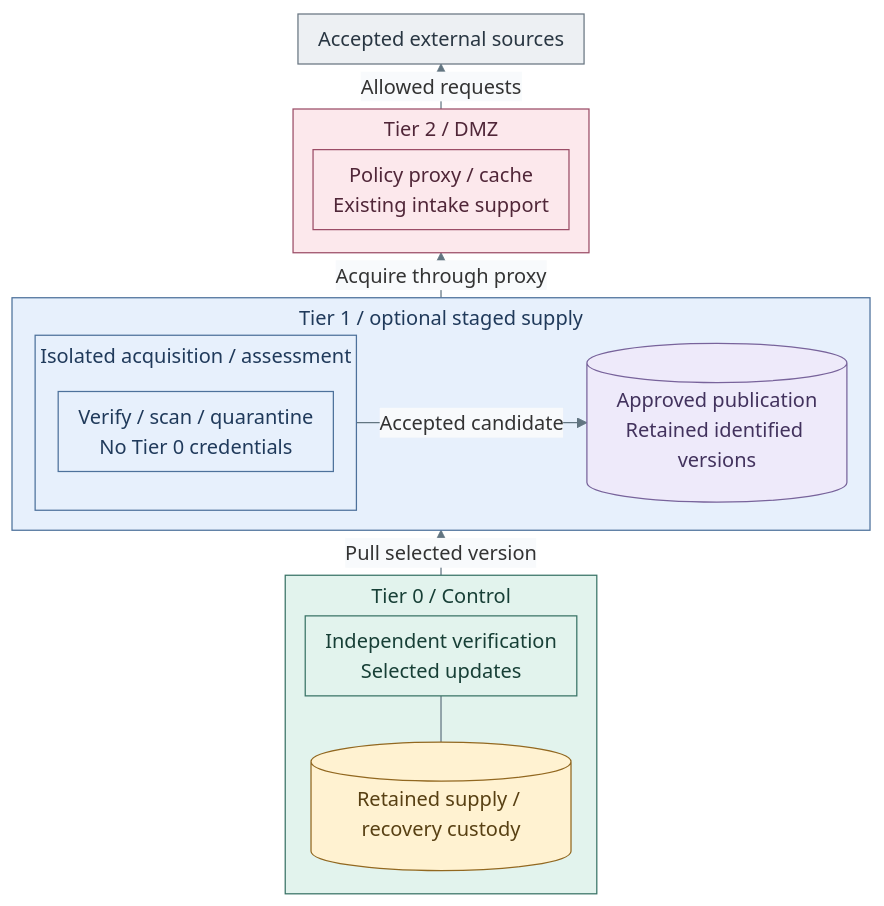
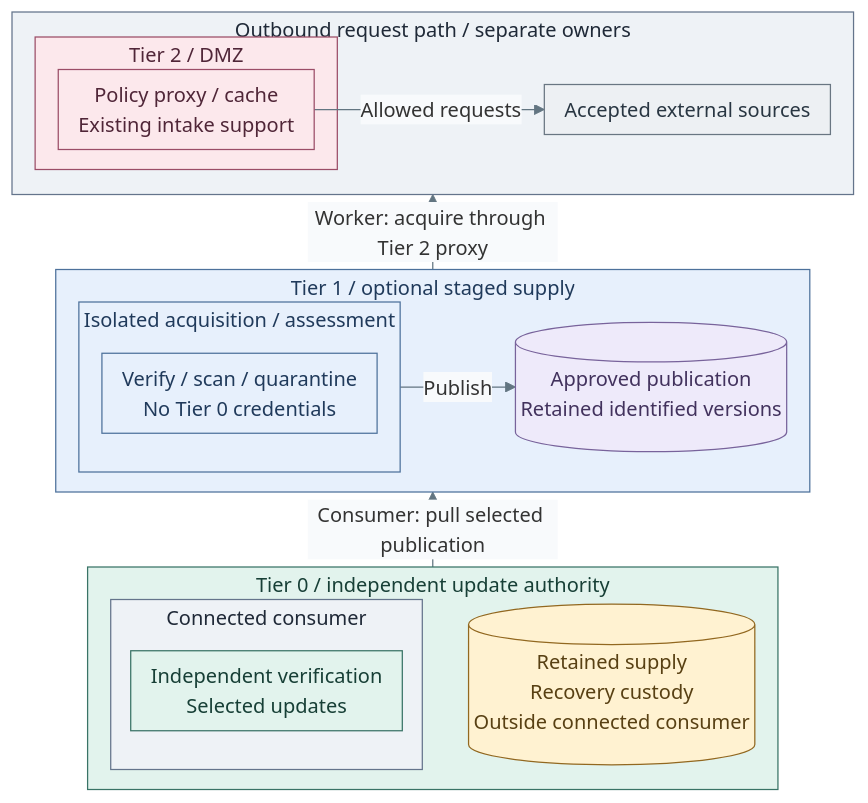
The first of 2 diagrams in docs/01-architecture/07-software-intake/01-verification.md (Rexus/homelab), drawn with Mermaid before and after one commit. The commit also changed other lines of this file and 279 other files, not shown here.

````diff
--- a/docs/01-architecture/07-software-intake/01-verification.md
+++ b/docs/01-architecture/07-software-intake/01-verification.md
@@ -20,39 +13,46 @@
 ```mermaid
-%%{init: {"theme":"base","flowchart":{"nodeSpacing":12,"rankSpacing":12,"padding":8,"subGraphTitleMargin":{"top":4,"bottom":10}},"themeVariables":{"lineColor":"#627581","edgeLabelBackground":"#f8fafc"}}}%%
+%%{init: {"theme":"base","flowchart":{"nodeSpacing":12,"rankSpacing":12,"padding":8,"wrappingWidth":320,"subGraphTitleMargin":{"top":2,"bottom":8}},"themeVariables":{"lineColor":"#627581","edgeLabelBackground":"#f8fafc"}}}%%
 flowchart BT
-  Sources["Accepted external sources"]
-  subgraph T2["Tier 2 / DMZ"]
-    Proxy["Policy proxy / cache<br/>Existing intake support"]
+  subgraph Transport["Outbound request path / separate owners"]
+    direction LR
+    subgraph T2["Tier 2 / DMZ"]
+      Proxy["Policy proxy / cache<br/>Existing intake support"]
+    end
+    Sources["Accepted external sources"]
+    Proxy -- "Allowed requests" --> Sources
   end
   subgraph T1["Tier 1 / optional staged supply"]
     direction LR
     subgraph Intake["Isolated acquisition / assessment"]
-      direction TB
       Worker["Verify / scan / quarantine<br/>No Tier 0 credentials"]
     end
     Supply[("Approved publication<br/>Retained identified versions")]
-    Intake -->|Accepted candidate| Supply
+    Intake -- "Publish" --> Supply
   end
-  subgraph T0["Tier 0 / Control"]
-    direction TB
-    Consumer["Independent verification<br/>Selected updates"]
-    Retained[("Retained supply / recovery custody")]
-    Consumer --- Retained
+  subgraph T0["Tier 0 / independent update authority"]
+    direction LR
+    subgraph Connected["Connected consumer"]
+      Consumer["Independent verification<br/>Selected updates"]
+    end
+    Retained[("Retained supply<br/>Recovery custody<br/>Outside connected consumer")]
+    Connected ~~~ Retained
   end
-  T2 -->|Allowed requests| Sources
-  T1 -->|Acquire through proxy| T2
-  T0 -->|Pull selected version| T1
+  T1 -- "Worker: acquire through Tier 2 proxy" --> Transport
+  T0 -- "Consumer: pull selected publication" --> T1
   classDef default fill:#f8fafc,stroke:#64748b,color:#1f2937
+  classDef boundary fill:#eef2f6,stroke:#64748b,color:#1f2937
   classDef services fill:#e7f0fc,stroke:#4d719b,color:#203a5b
   classDef edge fill:#fce8ec,stroke:#9b4d67,color:#502638
   classDef control fill:#e2f3ed,stroke:#397366,color:#173f36
   classDef data fill:#eeeafa,stroke:#78639b,color:#42325d
   classDef custody fill:#fff2d1,stroke:#926820,color:#584013
   classDef actor fill:#edf0f3,stroke:#697682,color:#293642
   class T1,Intake,Worker services
   class T2,Proxy edge
   class Supply data
   class T0,Consumer control
+  class Connected boundary
+  class Transport boundary
   class Retained custody
   class Sources actor
 ```
````
